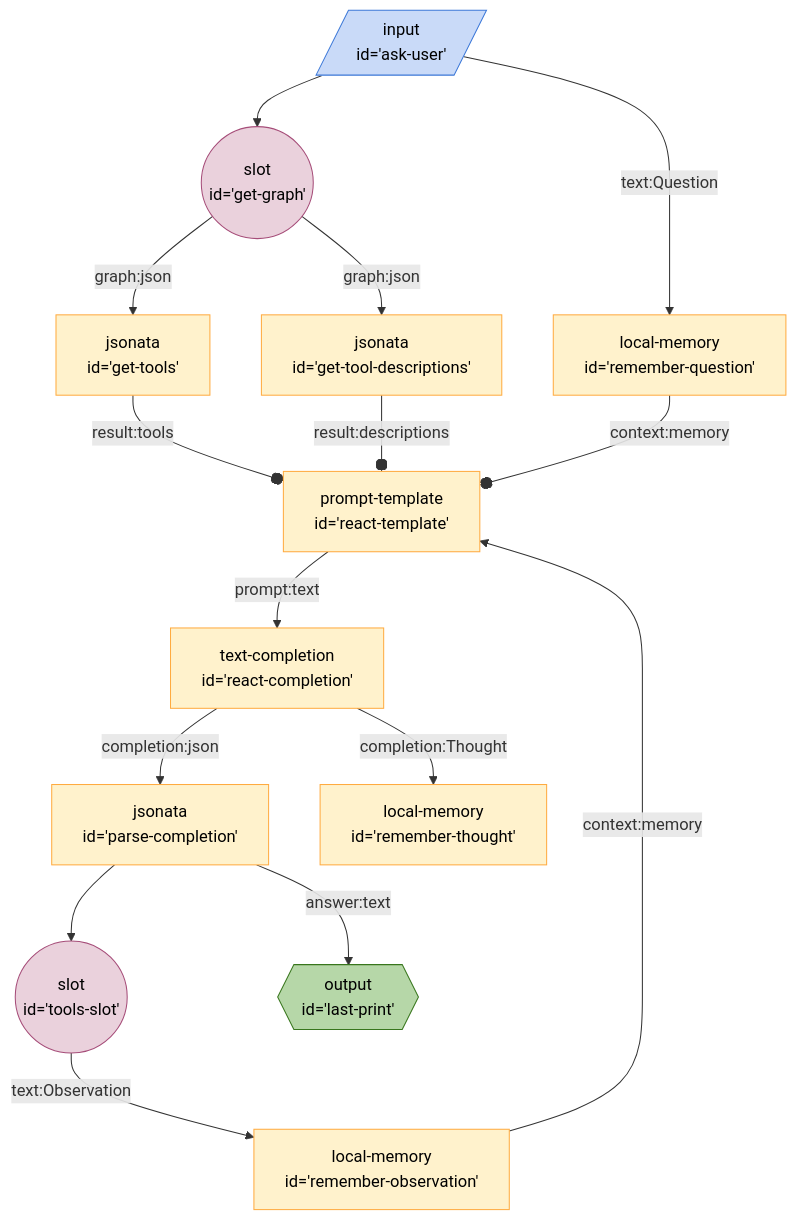
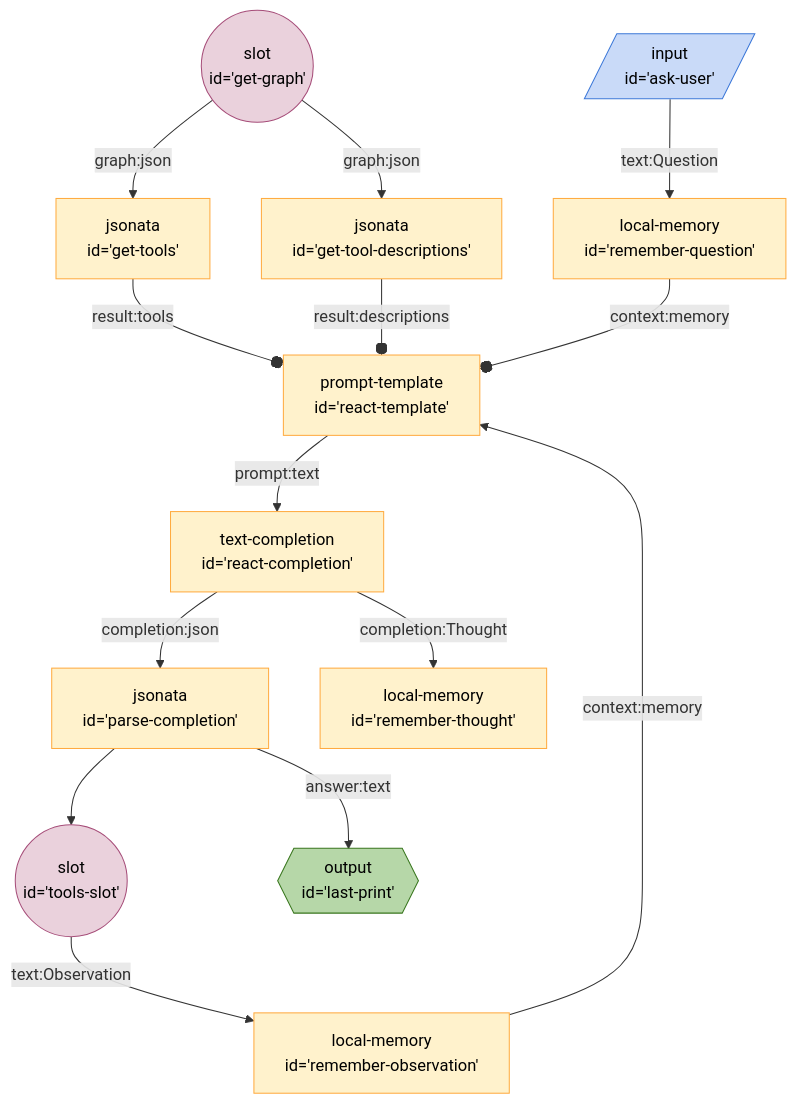
The diagram in seeds/graph-playground/docs/graphs/react-with-slot.md (breadboard-ai/breadboard), drawn with Mermaid before and after one commit. The commit also changed 3 other files, not shown here.

Commit message:
[graph] Update graphs to latest capabilities.

````diff
--- a/seeds/graph-playground/docs/graphs/react-with-slot.md
+++ b/seeds/graph-playground/docs/graphs/react-with-slot.md
@@ -4,52 +4,49 @@
 ```mermaid
 %%{init: 'themeVariables': { 'fontFamily': 'Fira Code, monospace' }}}%%
 graph TD;
 getgraph(("slot
 id='get-graph'")):::slot -- graph:json --> gettools["jsonata
 id='get-tools'"]
 getgraph(("slot
 id='get-graph'")):::slot -- graph:json --> gettooldescriptions["jsonata
 id='get-tool-descriptions'"]
 gettools["jsonata
 id='get-tools'"] -- result:tools --o reacttemplate["prompt-template
 id='react-template'"]
 gettooldescriptions["jsonata
 id='get-tool-descriptions'"] -- result:descriptions --o reacttemplate["prompt-template
 id='react-template'"]
 askuser[/"input
 id='ask-user'"/]:::input -- text:Question --> rememberquestion["local-memory
 id='remember-question'"]
-askuser[/"input
-id='ask-user'"/]:::input --> getgraph(("slot
-id='get-graph'")):::slot
 rememberquestion["local-memory
 id='remember-question'"] -- context:memory --o reacttemplate["prompt-template
 id='react-template'"]
 reacttemplate["prompt-template
 id='react-template'"] -- prompt:text --> reactcompletion["text-completion
 id='react-completion'"]
 reactcompletion["text-completion
 id='react-completion'"] -- completion:json --> parsecompletion["jsonata
 id='parse-completion'"]
 reactcompletion["text-completion
 id='react-completion'"] -- completion:Thought --> rememberthought["local-memory
 id='remember-thought'"]
 parsecompletion["jsonata
 id='parse-completion'"] --> toolsslot(("slot
 id='tools-slot'")):::slot
 toolsslot(("slot
 id='tools-slot'")):::slot -- text:Observation --> rememberobservation["local-memory
 id='remember-observation'"]
 rememberobservation["local-memory
 id='remember-observation'"] -- context:memory --> reacttemplate["prompt-template
 id='react-template'"]
 parsecompletion["jsonata
 id='parse-completion'"] -- answer:text --> lastprint{{"output
 id='last-print'"}}:::output
 classDef default stroke:#ffab40,fill:#fff2ccff,color:#000
 classDef input stroke:#3c78d8,fill:#c9daf8ff,color:#000
 classDef output stroke:#38761d,fill:#b6d7a8ff,color:#000
 classDef passthrough stroke:#a64d79,fill:#ead1dcff,color:#000
 classDef slot stroke:#a64d79,fill:#ead1dcff,color:#000
 classDef slotted stroke:#a64d79
 ```
````
